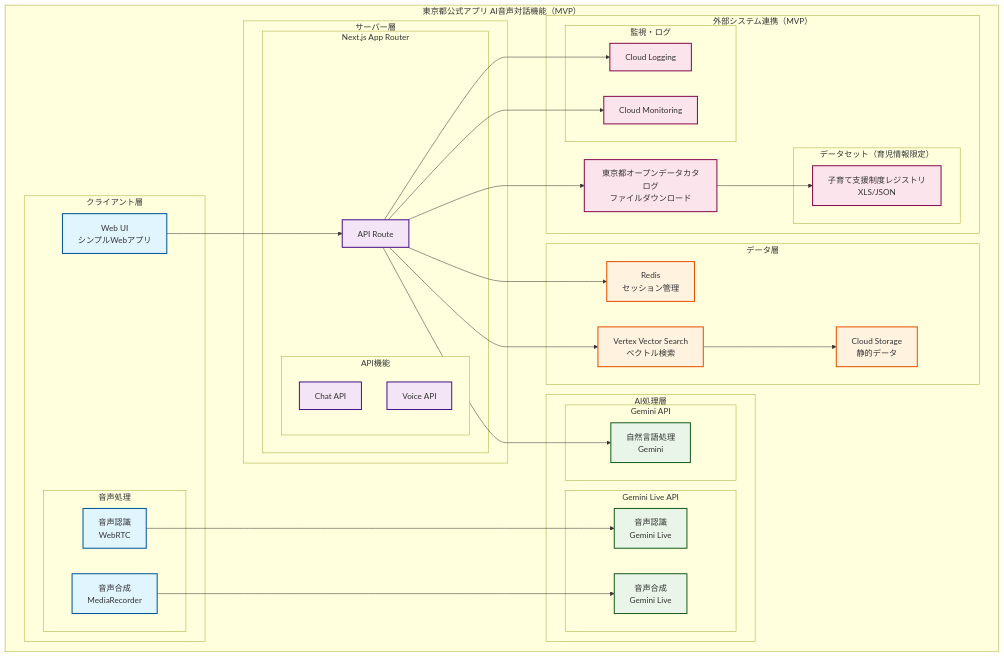
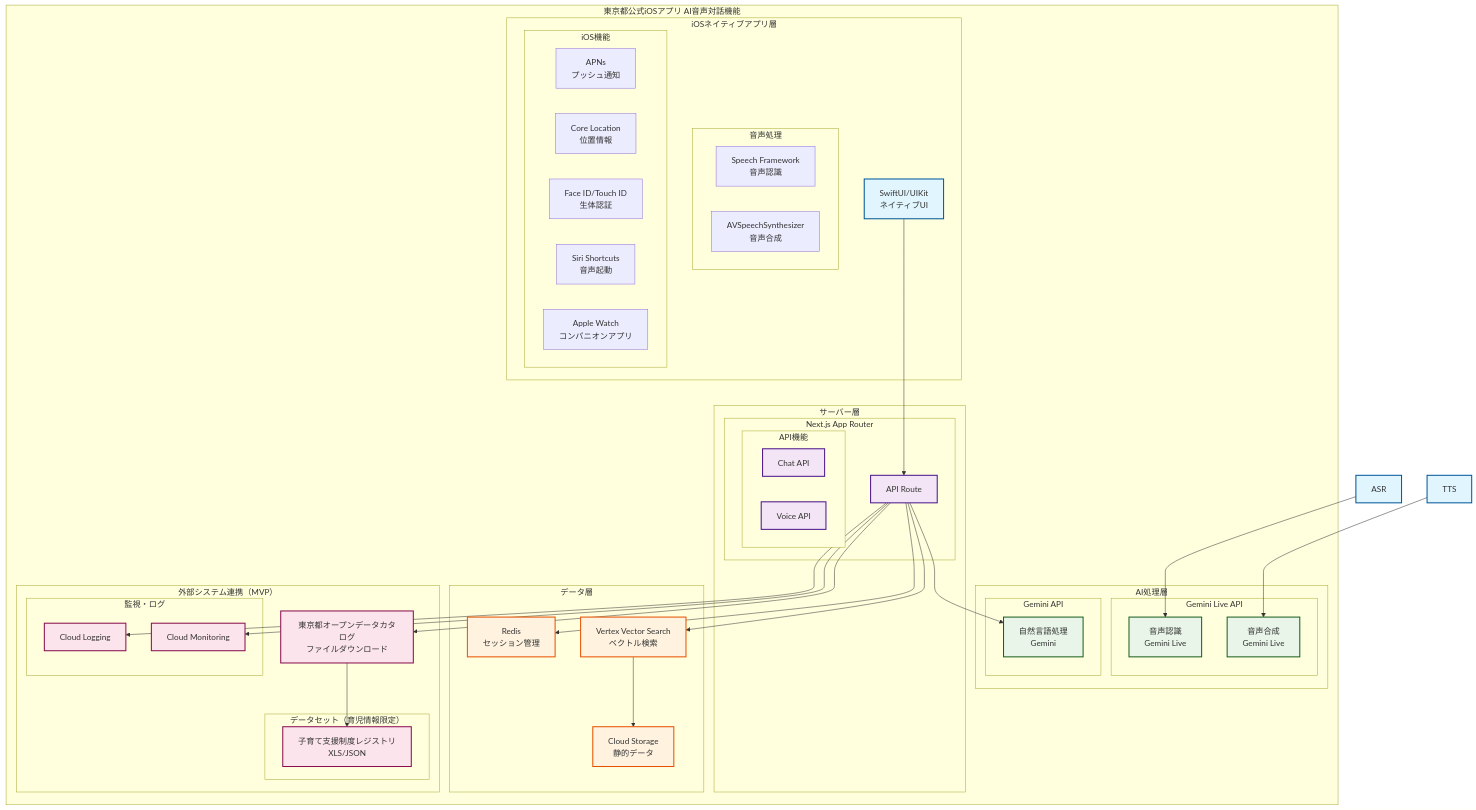
The first of 3 diagrams in Documents/srs.md (WLONEGI/TokyoOpenDataHackathon), drawn with Mermaid before and after one commit. The commit also changed other lines of this file and 152 other files, not shown here.

````diff
--- a/Documents/srs.md
+++ b/Documents/srs.md
@@ -17,75 +17,82 @@
 ```mermaid
 graph TB
-    subgraph "東京都公式アプリ AI音声対話機能（MVP）"
-        subgraph "クライアント層"
-            UI[Web UI<br/>シンプルWebアプリ]
+    subgraph "東京都公式iOSアプリ AI音声対話機能"
+        subgraph "iOSネイティブアプリ層"
+            UI[SwiftUI/UIKit<br/>ネイティブUI]
             subgraph "音声処理"
-                ASR[音声認識<br/>WebRTC]
-                TTS[音声合成<br/>MediaRecorder]
+                SPEECH[Speech Framework<br/>音声認識]
+                AVTTS[AVSpeechSynthesizer<br/>音声合成]
+            end
+            subgraph "iOS機能"
+                PUSH[APNs<br/>プッシュ通知]
+                CORE[Core Location<br/>位置情報]
+                BIOMETRIC[Face ID/Touch ID<br/>生体認証]
+                SIRI[Siri Shortcuts<br/>音声起動]
+                WATCH[Apple Watch<br/>コンパニオンアプリ]
             end
         end
         
         subgraph "サーバー層"
             subgraph "Next.js App Router"
                 API[API Route]
                 subgraph "API機能"
                     CHAT[Chat API]
                     VOICE[Voice API]
                 end
             end
         end
         
         subgraph "AI処理層"
             subgraph "Gemini Live API"
                 GASR[音声認識<br/>Gemini Live]
                 GTTS[音声合成<br/>Gemini Live]
             end
             subgraph "Gemini API"
                 NLP[自然言語処理<br/>Gemini]
             end
         end
         
         subgraph "データ層"
             VVS[Vertex Vector Search<br/>ベクトル検索]
             CS[Cloud Storage<br/>静的データ]
             REDIS[Redis<br/>セッション管理]
         end
         
         subgraph "外部システム連携（MVP）"
             OD[東京都オープンデータカタログ<br/>ファイルダウンロード]
             subgraph "データセット（育児情報限定）"
                 CHILD[子育て支援制度レジストリ<br/>XLS/JSON]
             end
             subgraph "監視・ログ"
                 CM[Cloud Monitoring]
                 CL[Cloud Logging]
             end
         end
     end
     
     %% 接続関係
     UI --> API
     ASR --> GASR
     TTS --> GTTS
     API --> NLP
     API --> VVS
     API --> REDIS
     API --> OD
     OD --> CHILD
     VVS --> CS
     API --> CM
     API --> CL
     
     %% スタイル設定
     classDef clientLayer fill:#e1f5fe,stroke:#01579b,stroke-width:2px
     classDef serverLayer fill:#f3e5f5,stroke:#4a148c,stroke-width:2px
     classDef aiLayer fill:#e8f5e8,stroke:#1b5e20,stroke-width:2px
     classDef dataLayer fill:#fff3e0,stroke:#e65100,stroke-width:2px
     classDef externalLayer fill:#fce4ec,stroke:#880e4f,stroke-width:2px
     
     class UI,ASR,TTS clientLayer
     class API,CHAT,VOICE serverLayer
     class GASR,GTTS,NLP aiLayer
     class VVS,CS,REDIS dataLayer
     class OD,CHILD,CM,CL externalLayer
 ```
````
